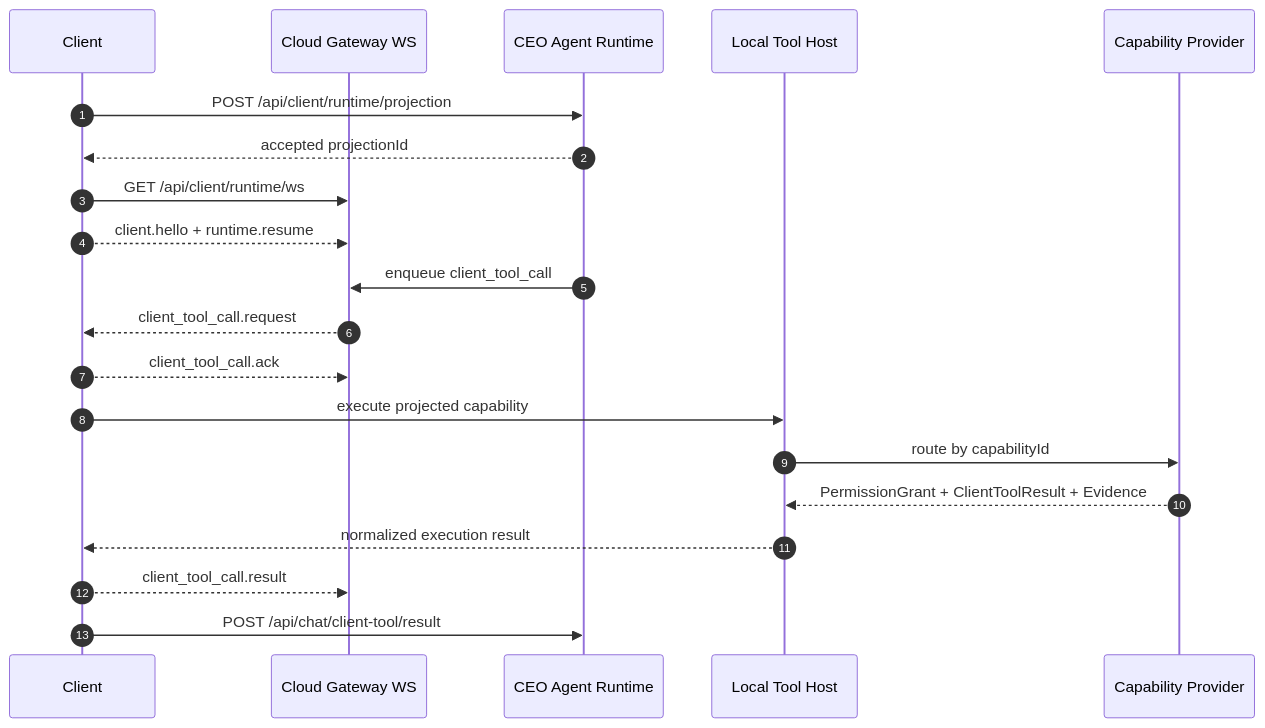
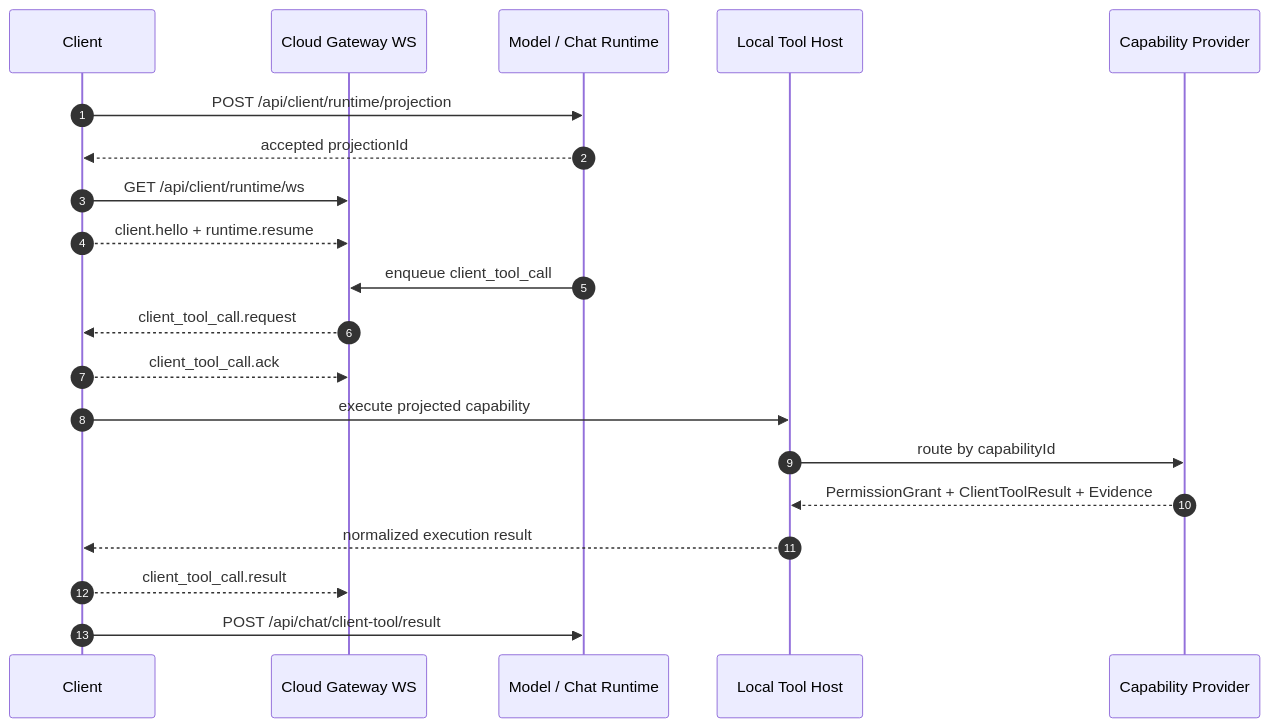
One commit to ly-ccx/Peer-Knowledge changed the diagram in knowledge/decisions/16-skill-call-lifecycle.md. Above: the diagram before and after it, drawn with Mermaid. The commit also changed other lines of this file and 12 other files, not shown here.

````diff
--- a/knowledge/decisions/16-skill-call-lifecycle.md
+++ b/knowledge/decisions/16-skill-call-lifecycle.md
@@ -26,23 +28,23 @@
 ```mermaid
 sequenceDiagram
     autonumber
     participant C as Client
     participant G as Cloud Gateway WS
-    participant R as CEO Agent Runtime
+    participant R as Model / Chat Runtime
     participant H as Local Tool Host
     participant P as Capability Provider
 
     C->>R: POST /api/client/runtime/projection
     R-->>C: accepted projectionId
     C->>G: GET /api/client/runtime/ws
     C-->>G: client.hello + runtime.resume
     R->>G: enqueue client_tool_call
     G-->>C: client_tool_call.request
     C-->>G: client_tool_call.ack
     C->>H: execute projected capability
     H->>P: route by capabilityId
     P-->>H: PermissionGrant + ClientToolResult + Evidence
     H-->>C: normalized execution result
     C-->>G: client_tool_call.result
     C->>R: POST /api/chat/client-tool/result
 ```
````
